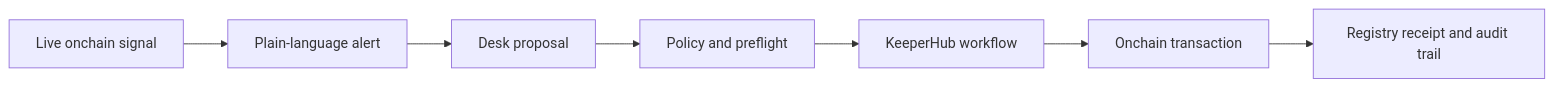
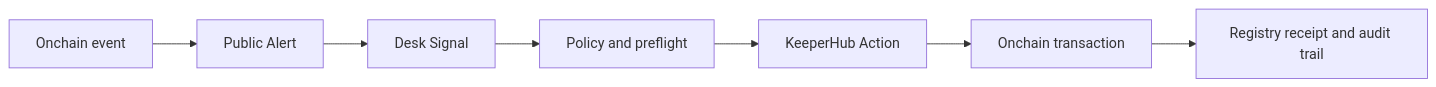
The first of 3 diagrams in README.md (zaikaman/ChronicleAI), drawn with Mermaid before and after one commit. The commit also changed other lines of this file and 10 other files, not shown here.

Commit message:
feat: update README and documentation to reflect new Alert and Signal workflow; enhance descriptions and clarify causal chains; improve navigation item labels and user interface components

````diff
--- a/README.md
+++ b/README.md
@@ -18,9 +18,9 @@
 ```mermaid
 flowchart LR
-    S[Live onchain signal] --> E[Plain-language alert]
-    E --> D[Desk proposal]
-    D --> G[Policy and preflight]
-    G --> K[KeeperHub workflow]
+    E[Onchain event] --> A[Public Alert]
+    A --> S[Desk Signal]
+    S --> G[Policy and preflight]
+    G --> K[KeeperHub Action]
     K --> T[Onchain transaction]
     T --> P[Registry receipt and audit trail]
 ```
````
